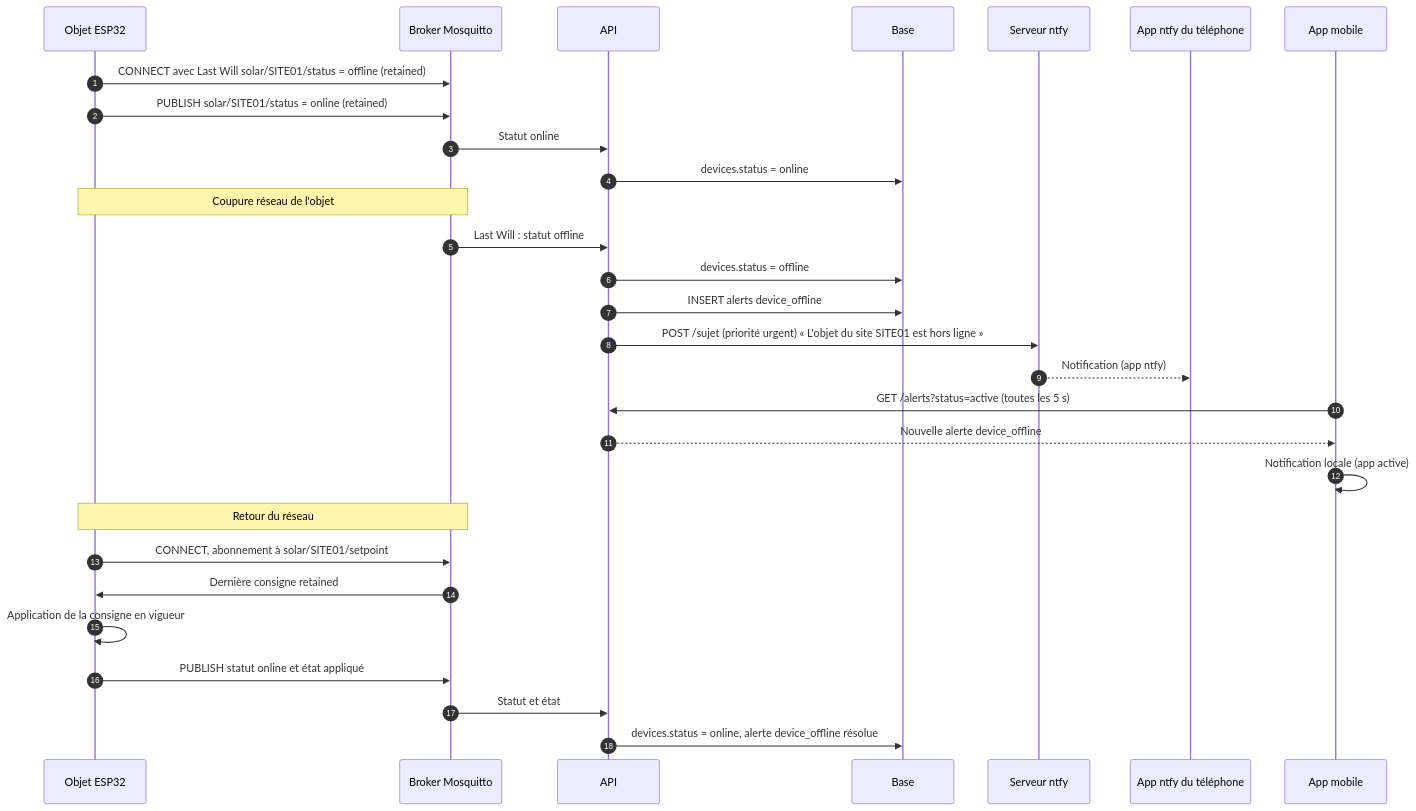
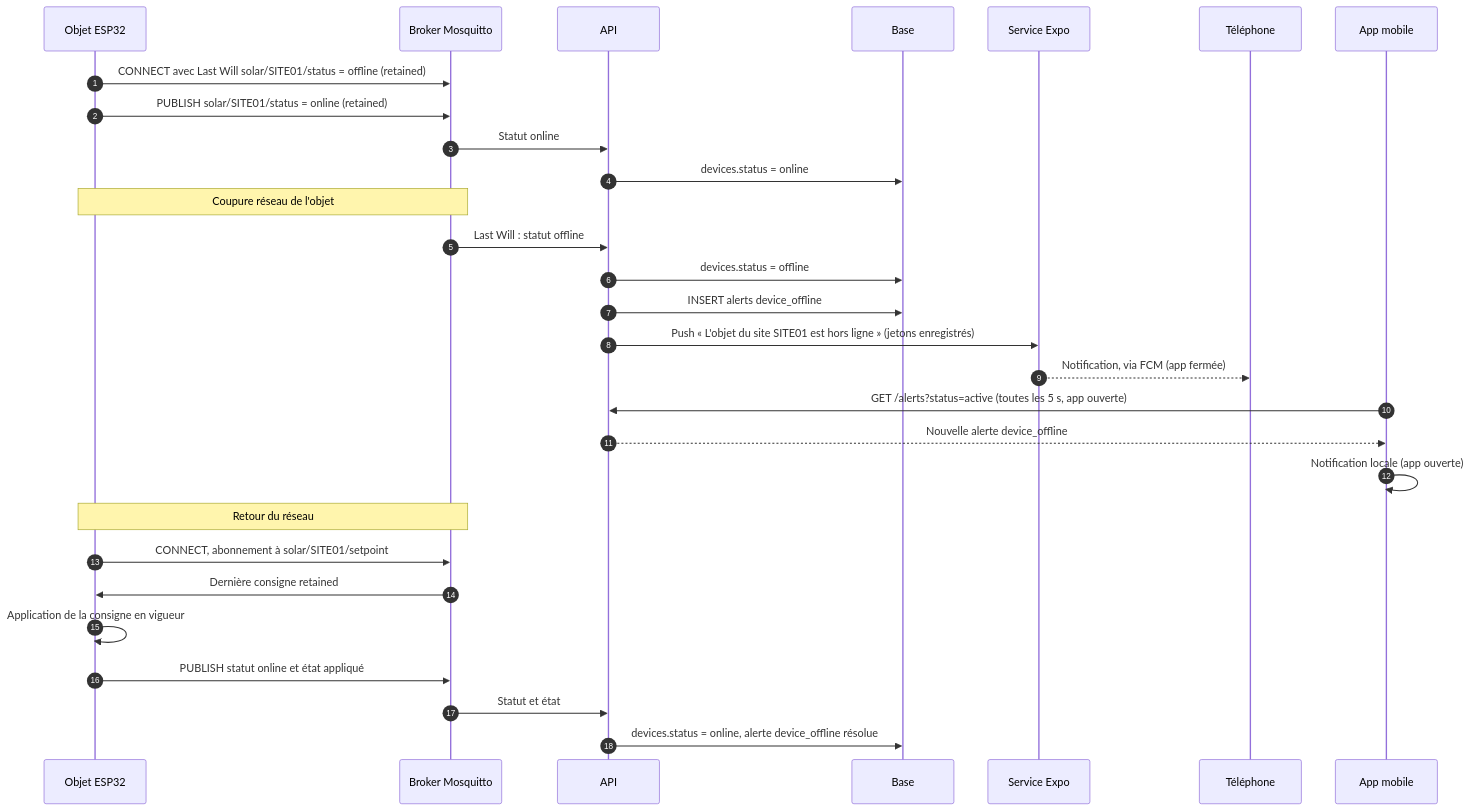
Before and after one commit to SamuelLnds/proj-app-mobile-co: the sixth of 13 diagrams in docs/conception/02-uml.md, drawn with Mermaid. The commit also changed other lines of this file and 59 other files, not shown here.

Commit message:
feat(api): remplace ntfy par le push Expo et les notifications locales

````diff
--- a/docs/conception/02-uml.md
+++ b/docs/conception/02-uml.md
@@ -311,34 +321,34 @@
 ```mermaid
 sequenceDiagram
   autonumber
   participant D as Objet ESP32
   participant B as Broker Mosquitto
   participant API as API
   participant DB as Base
-  participant N as Serveur ntfy
-  participant P as App ntfy du téléphone
+  participant X as Service Expo
+  participant P as Téléphone
   participant App as App mobile
 
   D->>B: CONNECT avec Last Will solar/SITE01/status = offline (retained)
   D->>B: PUBLISH solar/SITE01/status = online (retained)
   B->>API: Statut online
   API->>DB: devices.status = online
 
   Note over D,B: Coupure réseau de l'objet
   B->>API: Last Will : statut offline
   API->>DB: devices.status = offline
   API->>DB: INSERT alerts device_offline
-  API->>N: POST /sujet (priorité urgent) « L'objet du site SITE01 est hors ligne »
-  N-->>P: Notification (app ntfy)
-  App->>API: GET /alerts?status=active (toutes les 5 s)
+  API->>X: Push « L'objet du site SITE01 est hors ligne » (jetons enregistrés)
+  X-->>P: Notification, via FCM (app fermée)
+  App->>API: GET /alerts?status=active (toutes les 5 s, app ouverte)
   API-->>App: Nouvelle alerte device_offline
-  App->>App: Notification locale (app active)
+  App->>App: Notification locale (app ouverte)
 
   Note over D,B: Retour du réseau
   D->>B: CONNECT, abonnement à solar/SITE01/setpoint
   B->>D: Dernière consigne retained
   D->>D: Application de la consigne en vigueur
   D->>B: PUBLISH statut online et état appliqué
   B->>API: Statut et état
   API->>DB: devices.status = online, alerte device_offline résolue
 ```
````
